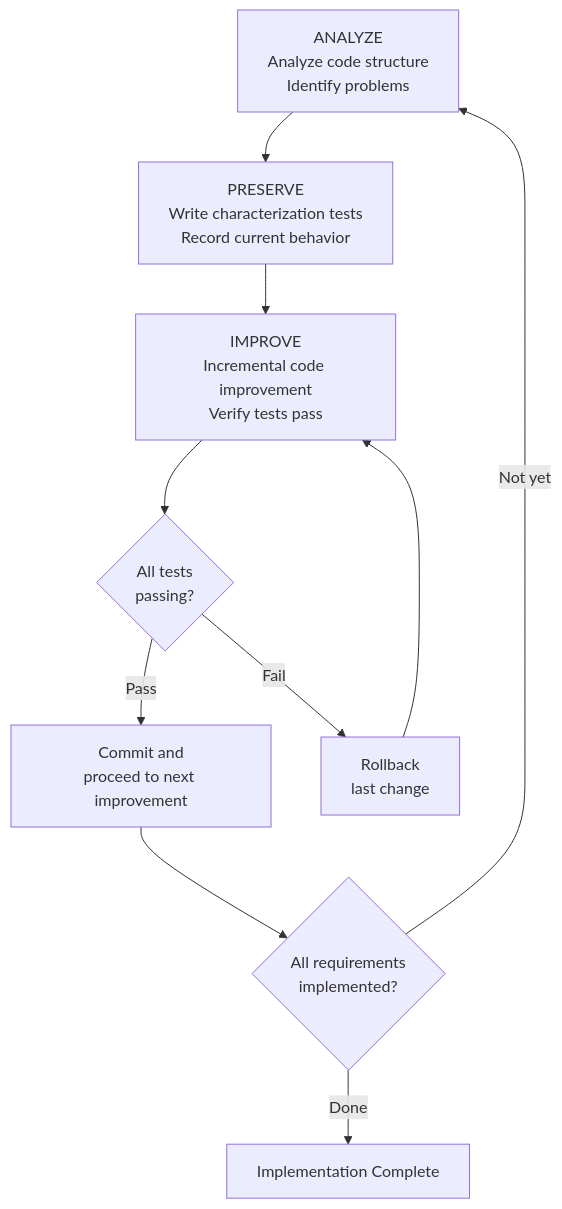
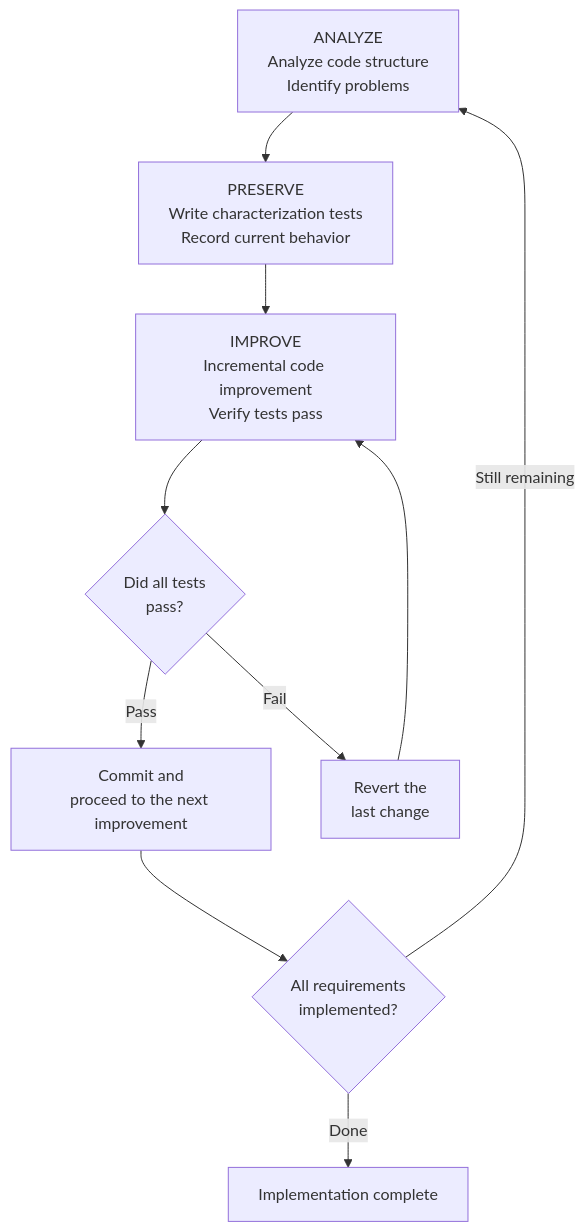
One commit to modu-ai/moai-adk changed the third of 7 diagrams in docs-site/content/en/core-concepts/ddd.md. Above: the diagram before and after it, drawn with Mermaid. The commit also changed other lines of this file and 395 other files, not shown here.

````diff
--- a/docs-site/content/en/core-concepts/ddd.md
+++ b/docs-site/content/en/core-concepts/ddd.md
@@ -206,12 +208,12 @@
 ```mermaid
 flowchart TD
     A["ANALYZE\nAnalyze code structure\nIdentify problems"] --> B["PRESERVE\nWrite characterization tests\nRecord current behavior"]
     B --> C["IMPROVE\nIncremental code improvement\nVerify tests pass"]
-    C --> D{"All tests\npassing?"}
-    D -->|"Pass"| E["Commit and\nproceed to next improvement"]
-    D -->|"Fail"| F["Rollback\nlast change"]
+    C --> D{"Did all tests\npass?"}
+    D -->|"Pass"| E["Commit and\nproceed to the next improvement"]
+    D -->|"Fail"| F["Revert the\nlast change"]
     F --> C
     E --> G{"All requirements\nimplemented?"}
-    G -->|"Not yet"| A
-    G -->|"Done"| H["Implementation Complete"]
+    G -->|"Still remaining"| A
+    G -->|"Done"| H["Implementation complete"]
 ```
````
